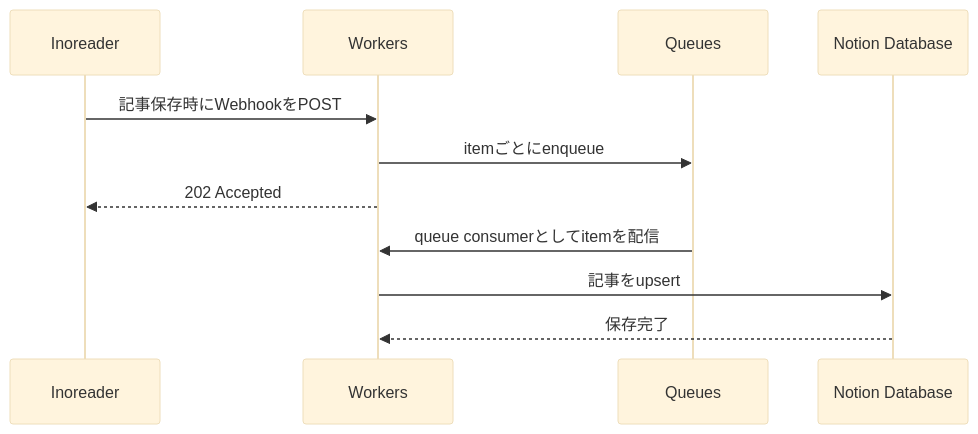
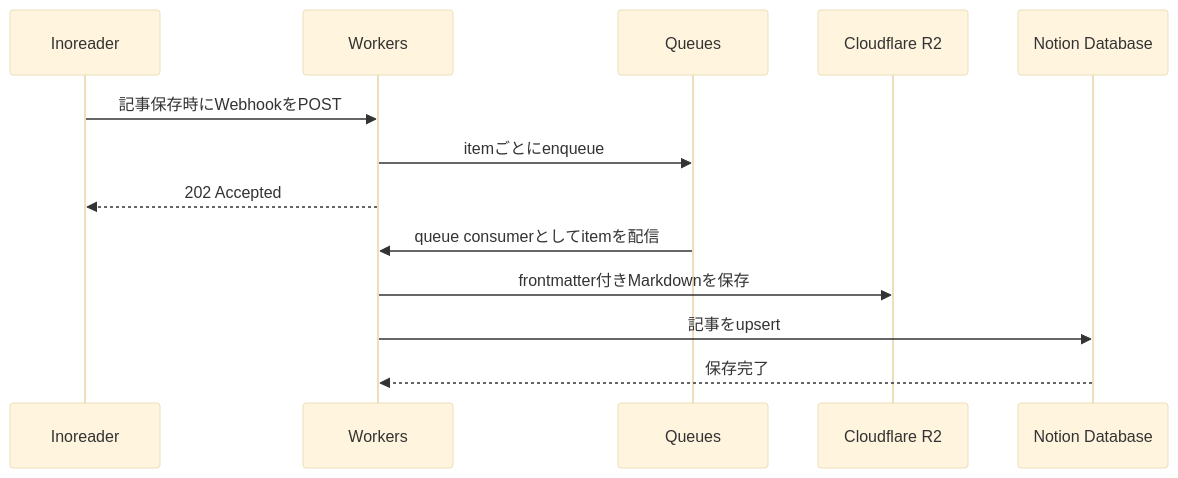
One commit to shiomiyan/inoreader-notion-bridge changed the diagram in README.md. Above: the diagram before and after it, drawn with Mermaid (base theme). The commit also changed other lines of this file and 12 other files, not shown here.

````diff
--- a/README.md
+++ b/README.md
@@ -7,14 +7,16 @@
 ```mermaid
 sequenceDiagram
     participant Inoreader
     participant Workers
     participant Queues
+    participant R2 as Cloudflare R2
     participant NotionDatabase as Notion Database
 
     Inoreader->>Workers: 記事保存時にWebhookをPOST
     Workers->>Queues: itemごとにenqueue
     Workers-->>Inoreader: 202 Accepted
     Queues->>Workers: queue consumerとしてitemを配信
+    Workers->>R2: frontmatter付きMarkdownを保存
     Workers->>NotionDatabase: 記事をupsert
     NotionDatabase-->>Workers: 保存完了
 ```
````
